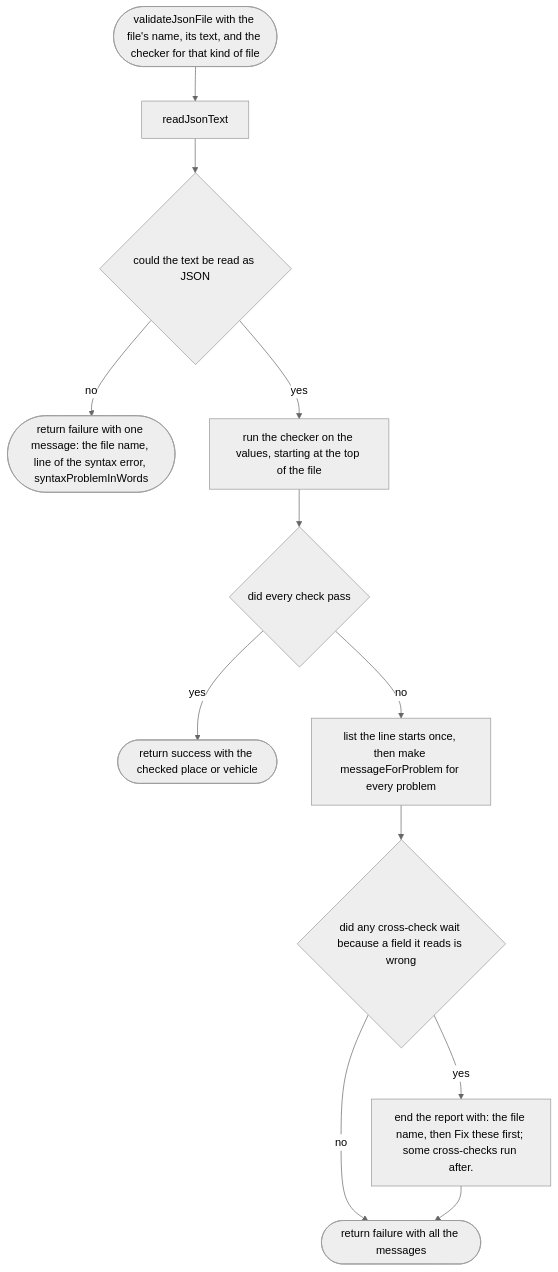
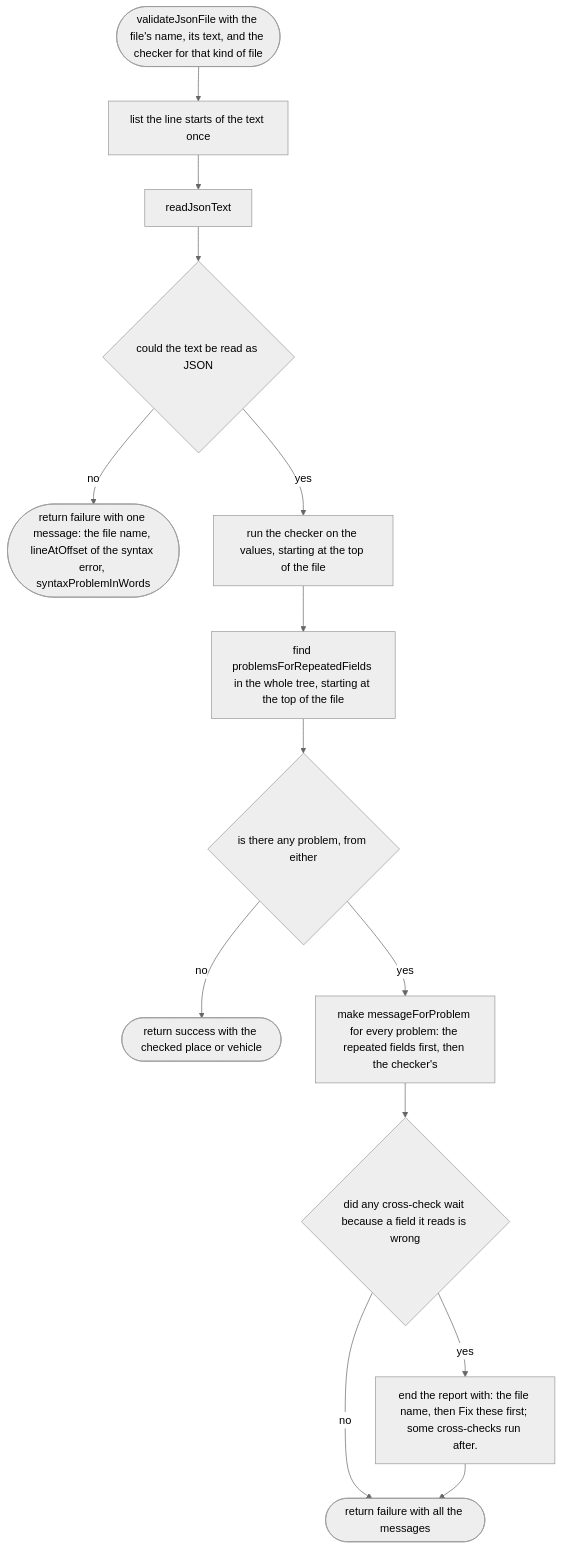
Before and after one commit to NewDara-Star/world-engine: the diagram in docs/designs/src/place/check-file.md, drawn with Mermaid (neutral theme). The commit also changed other lines of this file and 10 other files, not shown here.

````diff
--- a/docs/designs/src/place/check-file.md
+++ b/docs/designs/src/place/check-file.md
@@ -11,25 +9,29 @@
 ```mermaid
 flowchart TD
   s(["validateJsonFile with the file's name, its text, and the checker for that kind of file"])
+  l["list the line starts of the text once"]
   a["readJsonText"]
   b{"could the text be read as JSON"}
-  c(["return failure with one message: the file name, line of the syntax error, syntaxProblemInWords"])
+  c(["return failure with one message: the file name, lineAtOffset of the syntax error, syntaxProblemInWords"])
   d["run the checker on the values, starting at the top of the file"]
-  e{"did every check pass"}
+  r["find problemsForRepeatedFields in the whole tree, starting at the top of the file"]
+  e{"is there any problem, from either"}
   f(["return success with the checked place or vehicle"])
-  g["list the line starts once, then make messageForProblem for every problem"]
+  g["make messageForProblem for every problem: the repeated fields first, then the checker's"]
   h{"did any cross-check wait because a field it reads is wrong"}
   i["end the report with: the file name, then Fix these first; some cross-checks run after."]
   j(["return failure with all the messages"])
-  s --> a
+  s --> l
+  l --> a
   a --> b
   b -->|"no"| c
   b -->|"yes"| d
-  d --> e
-  e -->|"yes"| f
-  e -->|"no"| g
+  d --> r
+  r --> e
+  e -->|"no"| f
+  e -->|"yes"| g
   g --> h
   h -->|"yes"| i
   h -->|"no"| j
   i --> j
 ```
````
